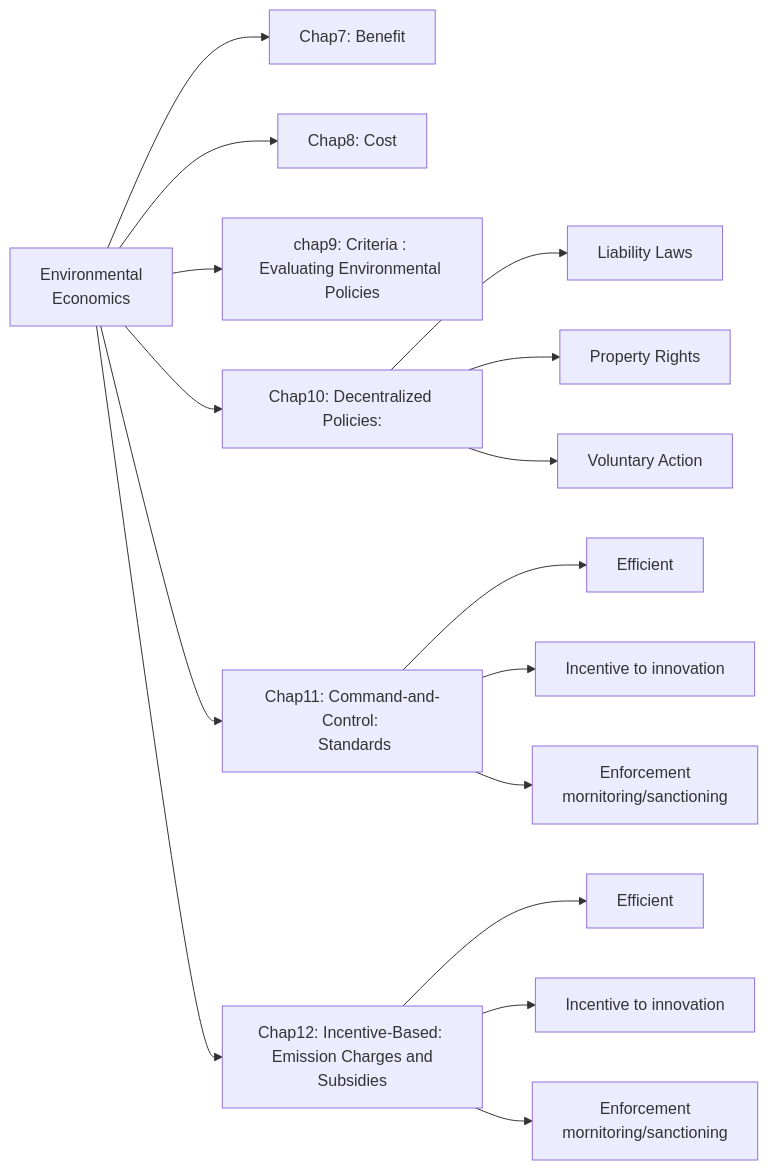
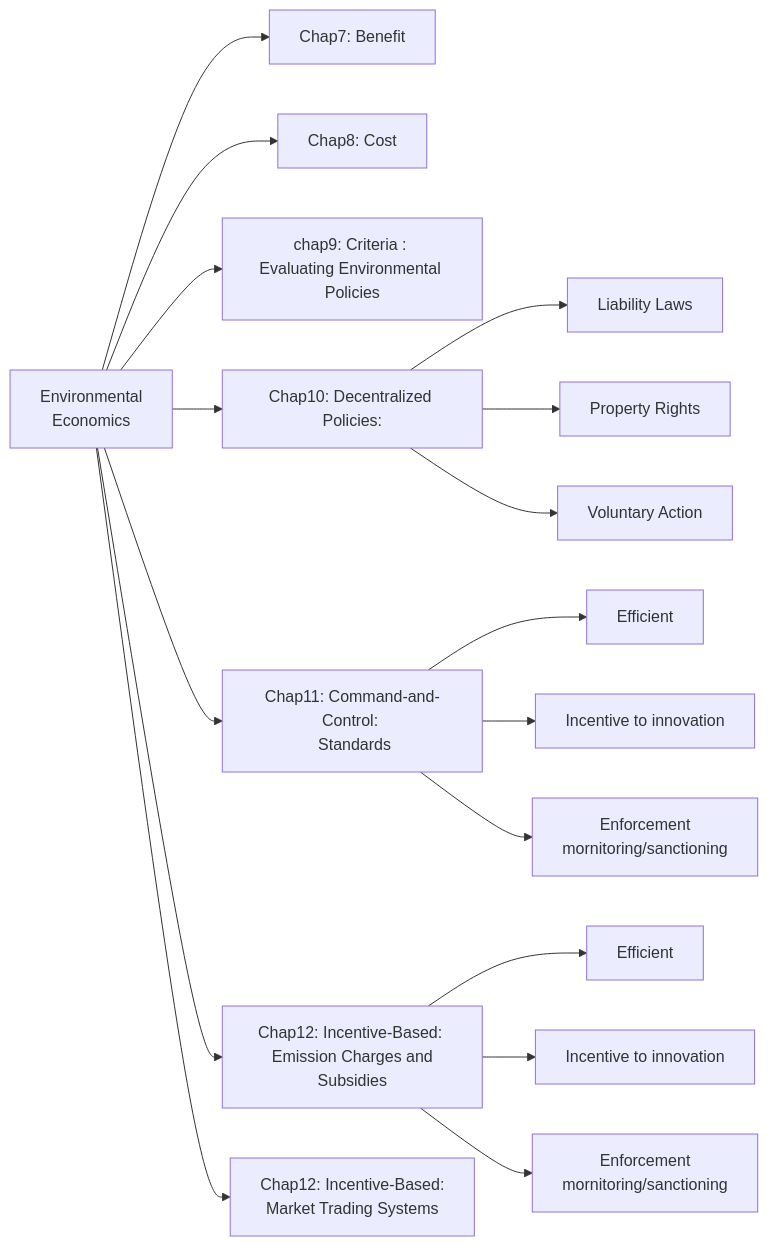
One commit to snowdj/ECON changed the diagram in _posts/2017-04-13-381-final-2017.md. Above: the diagram before and after it, drawn with Mermaid.

```diff
--- a/_posts/2017-04-13-381-final-2017.md
+++ b/_posts/2017-04-13-381-final-2017.md
@@ -22,21 +22,22 @@
 <div class="mermaid">
 graph LR
       id0[Environmental <br> Economics]-->id1[Chap7: Benefit]
       id0[Environmental <br> Economics]-->id2[Chap8: Cost]
       id0[Environmental <br> Economics]-->id3[chap9: Criteria : <br>Evaluating Environmental Policies]
       id0[Environmental <br> Economics]-->id4[Chap10: Decentralized Policies:]
       id0[Environmental <br> Economics]-->id5[Chap11: Command-and-Control: <br> Standards]
       id0[Environmental <br> Economics]-->id6[Chap12: Incentive-Based: <br> Emission Charges and Subsidies]
+      id0[Environmental <br> Economics]-->id7[Chap12: Incentive-Based: <br> Market Trading Systems]
       
       id4-->id9[Liability Laws]
      id4-->id10[Property Rights]
      id4-->id11[Voluntary Action]
      id5-->id12[Efficient]
      id5-->id13[Incentive to innovation]
      id5-->id14[Enforcement <br> mornitoring/sanctioning]
      id6-->id15[Efficient]
      id6-->id16[Incentive to innovation]
      id6-->id17[Enforcement<br> mornitoring/sanctioning]
 
      
  </div>
```
